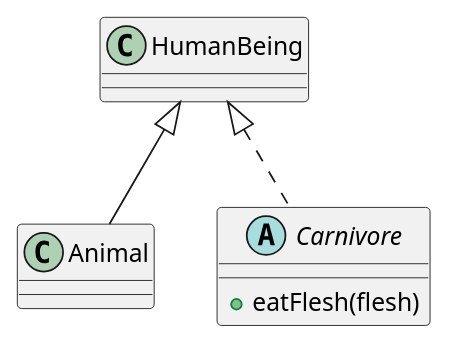
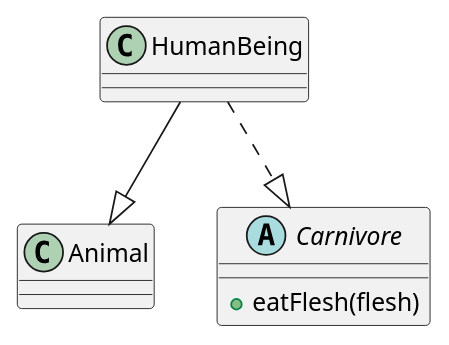
Before and after one commit to amercier/inheritance.js: the diagram in docs/img/example-implement.plantuml, drawn with PlantUML. The commit also changed 3 other files, not shown here.

Commit message:
Updated UML diagrams

```diff
--- a/docs/img/example-implement.plantuml
+++ b/docs/img/example-implement.plantuml
@@ -1,13 +1,13 @@
 @startuml
 
 class Animal {
 }
 
 abstract class Carnivore {
 	+ eatFlesh(flesh)
 }
 
-HumanBeing <|-- Animal
-HumanBeing <|.. Carnivore
+HumanBeing --|> Animal
+HumanBeing ..|> Carnivore
 
 @enduml
```
